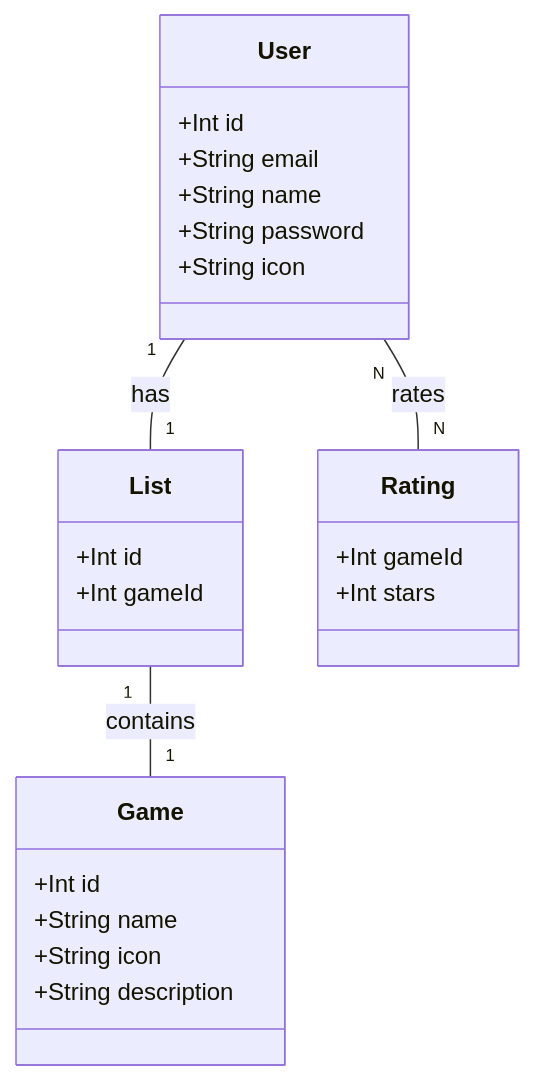
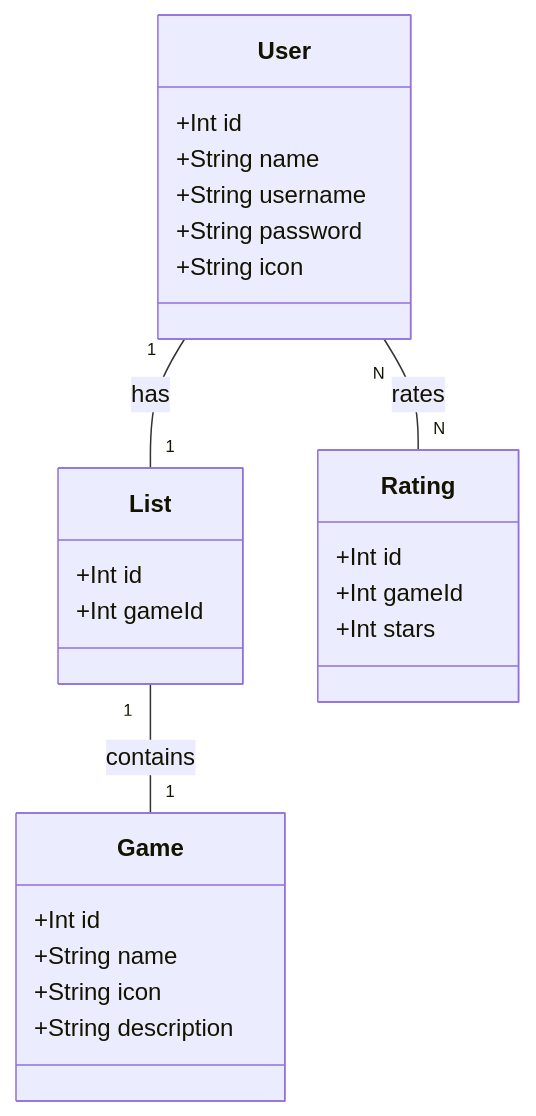
Before and after one commit to Gabriel-BarbosaDSB/Decola-Tech-2025: the diagram in README.md, drawn with Mermaid.

Commit message:
Corrigindo diagrama de classes

````diff
--- a/README.md
+++ b/README.md
@@ -6,31 +6,32 @@
 ```mermaid
 classDiagram
     class User {
         +Int id
-        +String email
         +String name
+        +String username
         +String password
         +String icon
     }
 
     class List {
         +Int id
         +Int gameId
     }
 
     class Game {
         +Int id
         +String name
         +String icon
         +String description
     }
 
     class Rating {
+        +Int id
         +Int gameId
         +Int stars
     }
 
     User "1" -- "1" List : has
     User "N" -- "N" Rating : rates
     List "1" -- "1" Game : contains
 ```
````
